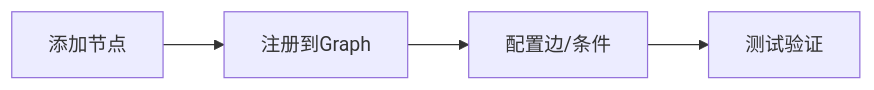
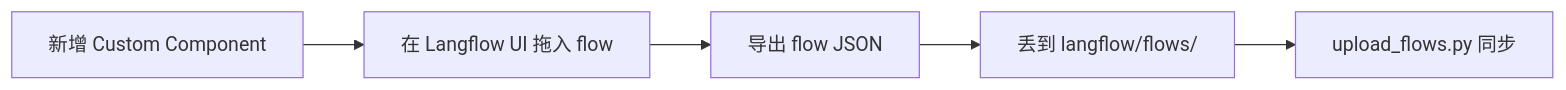
One commit to wqaetly/ai_agent_for_skill changed the fifth of 5 diagrams in README.md. Above: the diagram before and after it, drawn with Mermaid. The commit also changed other lines of this file and 191 other files, not shown here.

````diff
--- a/README.md
+++ b/README.md
@@ -415,6 +424,7 @@
 ```mermaid
 flowchart LR
-    A[添加节点] --> B[注册到Graph]
-    B --> C[配置边/条件]
-    C --> D[测试验证]
+    A[新增 Custom Component] --> B[在 Langflow UI 拖入 flow]
+    B --> C[导出 flow JSON]
+    C --> D[丢到 langflow/flows/]
+    D --> E[upload_flows.py 同步]
 ```
````
